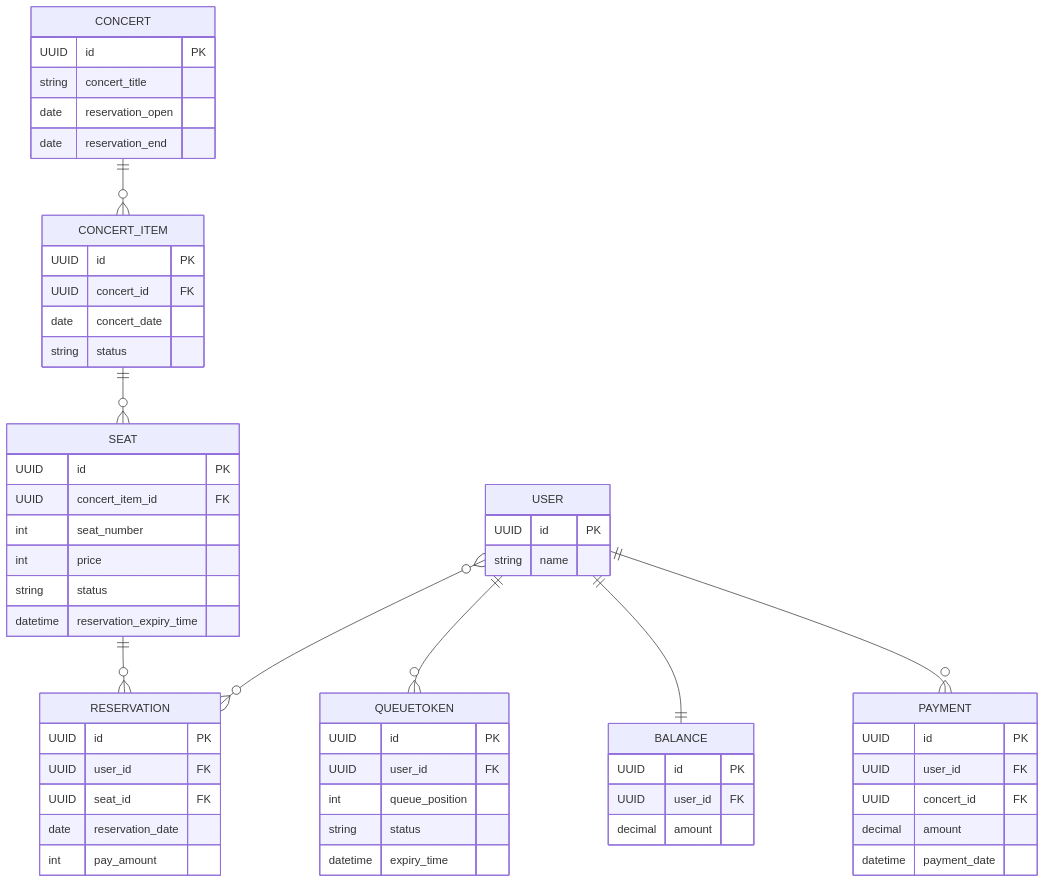
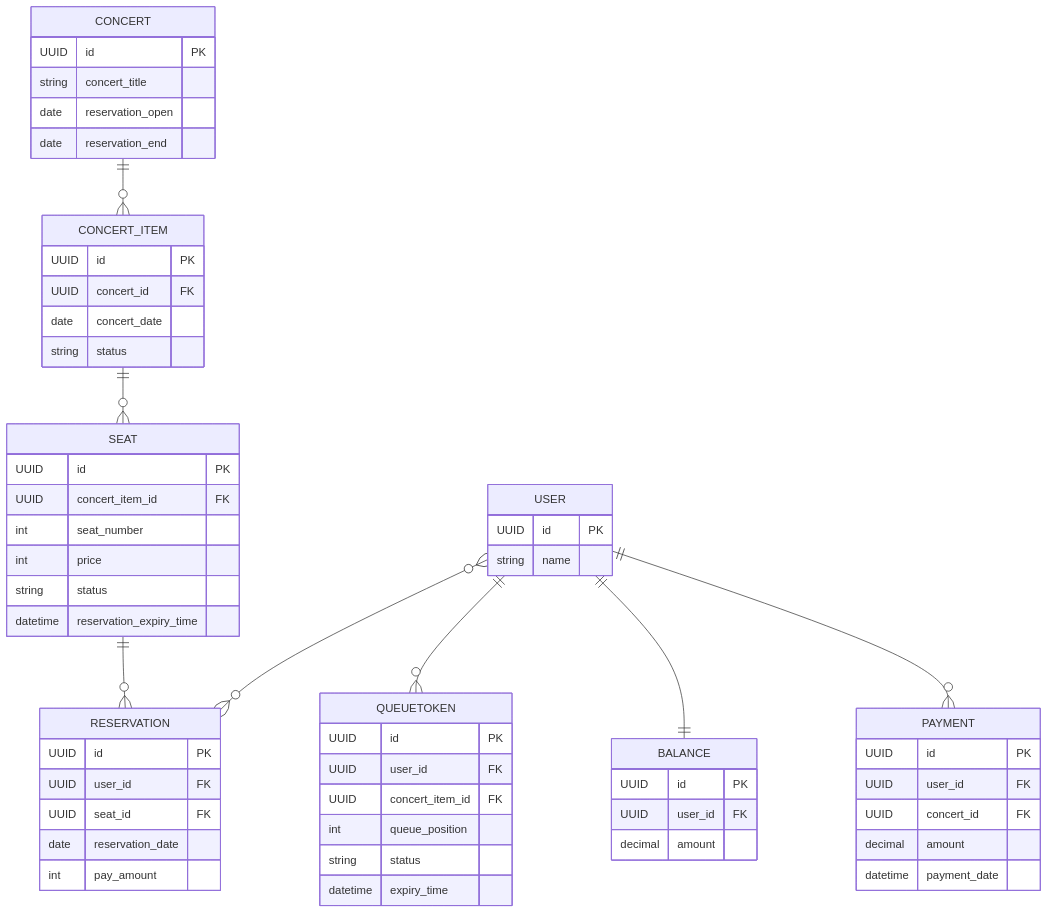
Before and after one commit to jjuya21/concert: the fifth of 5 diagrams in README.MD, drawn with Mermaid.

````diff
--- a/README.MD
+++ b/README.MD
@@ -118,69 +118,70 @@
 ```mermaid
 erDiagram
     USER {
         UUID id PK
         string name
     }
 
     QUEUETOKEN {
         UUID id PK
         UUID user_id FK
+        UUID concert_item_id FK
         int queue_position
         string status
         datetime expiry_time
     }
 
     CONCERT_ITEM {
         UUID id PK
         UUID concert_id FK
         date concert_date
         string status
     }
 
     SEAT {
         UUID id PK
         UUID concert_item_id FK
         int seat_number
         int price
         string status
         datetime reservation_expiry_time
     }
 
     PAYMENT {
         UUID id PK
         UUID user_id FK
         UUID concert_id FK
         decimal amount
         datetime payment_date
     }
 
     BALANCE {
         UUID id PK
         UUID user_id FK
         decimal amount
     }
 
     CONCERT {
         UUID id PK
         string concert_title
         date reservation_open
         date reservation_end
     }
 
     RESERVATION {
         UUID id PK
         UUID user_id FK
         UUID seat_id FK
         date reservation_date
         int pay_amount
     }
 
     %% Relationships
     USER ||--o{ QUEUETOKEN : ""
     USER ||--|| BALANCE : ""
     CONCERT_ITEM ||--o{ SEAT : ""
     SEAT ||--o{ RESERVATION : ""
     CONCERT ||--o{ CONCERT_ITEM : ""
     USER ||--o{ PAYMENT : ""
     USER }o--o{ RESERVATION : ""
 ```
````
